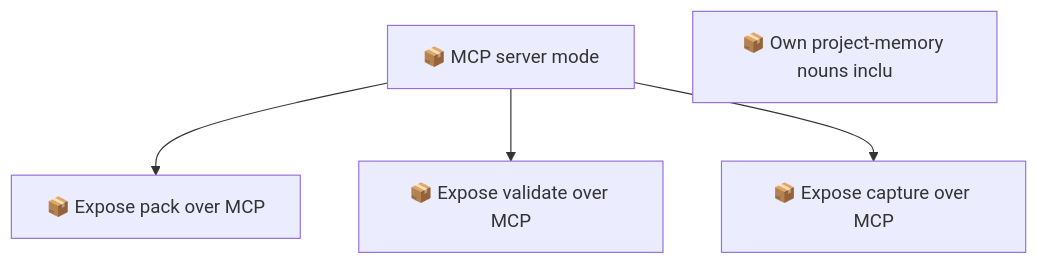
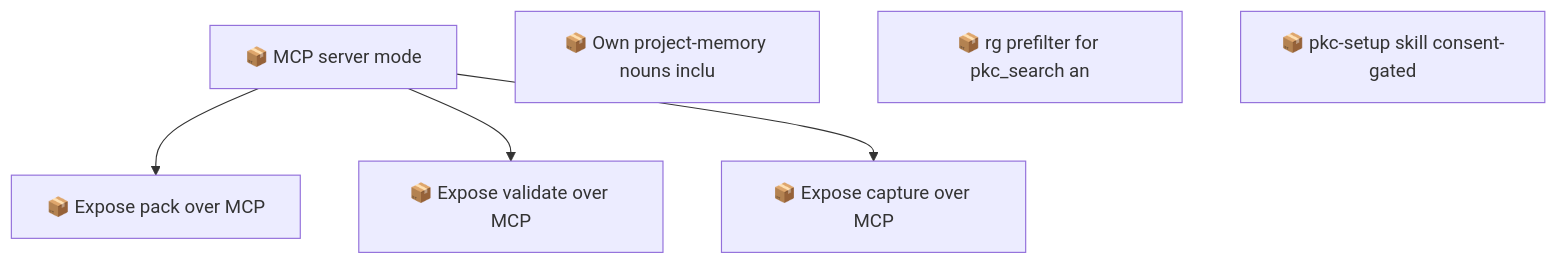
Before and after one commit to SpillwaveSolutions/project-knowledge-capture: the second of 2 diagrams in docs/roadmap.md, drawn with Mermaid. The commit also changed other lines of this file and 26 other files, not shown here.

First line of the commit message:
feat: rg prefilter for search/pack + consent-gated /pkc-setup (#61)

````diff
--- a/docs/roadmap.md
+++ b/docs/roadmap.md
@@ -74,11 +85,13 @@
 ```mermaid
 graph TD
     01KZ75NQCMYGFYRCVJATEBVBRB["📦 MCP server mode"]
     01KZ75R3EXEG4GVGRP2S9CCKZ4["📦 Expose pack over MCP"]
     01KZ75R3M6BYQ643NKDCCSEEZC["📦 Expose validate over MCP"]
     01KZ75R3S2X1G4PCTGMMSR8BWA["📦 Expose capture over MCP"]
     01M0SZFFPWEVN9YX9D9RYZ1ZC1["📦 Own project-memory nouns inclu"]
+    01M18Q792BSMYXM5F4WXBJ2CW4["📦 rg prefilter for pkc_search an"]
+    01M18Q793WKR0FH409FAY6KHAT["📦 pkc-setup skill consent-gated"]
     01KZ75NQCMYGFYRCVJATEBVBRB --> 01KZ75R3EXEG4GVGRP2S9CCKZ4
     01KZ75NQCMYGFYRCVJATEBVBRB --> 01KZ75R3M6BYQ643NKDCCSEEZC
     01KZ75NQCMYGFYRCVJATEBVBRB --> 01KZ75R3S2X1G4PCTGMMSR8BWA
 ```
````
